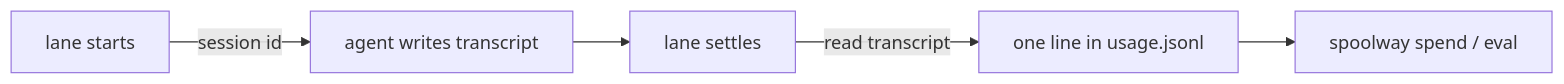
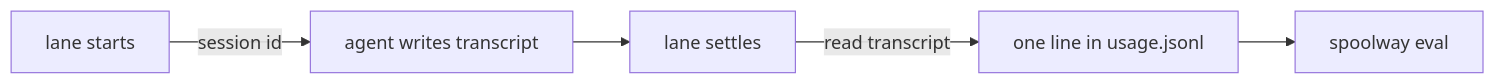
The diagram in docs/cost.md (marvingygas/spoolway), drawn with Mermaid before and after one commit. The commit also changed other lines of this file and 26 other files, not shown here.

Commit message:
refactor(cli): remove spoolway spend, leaving eval as the one command that reads the ledger

````diff
--- a/docs/cost.md
+++ b/docs/cost.md
@@ -17,7 +17,7 @@
 ```mermaid
 flowchart LR
   A[lane starts] -->|session id| B[agent writes transcript]
   B --> C[lane settles]
   C -->|read transcript| D[one line in usage.jsonl]
-  D --> E[spoolway spend / eval]
+  D --> E[spoolway eval]
 ```
````
